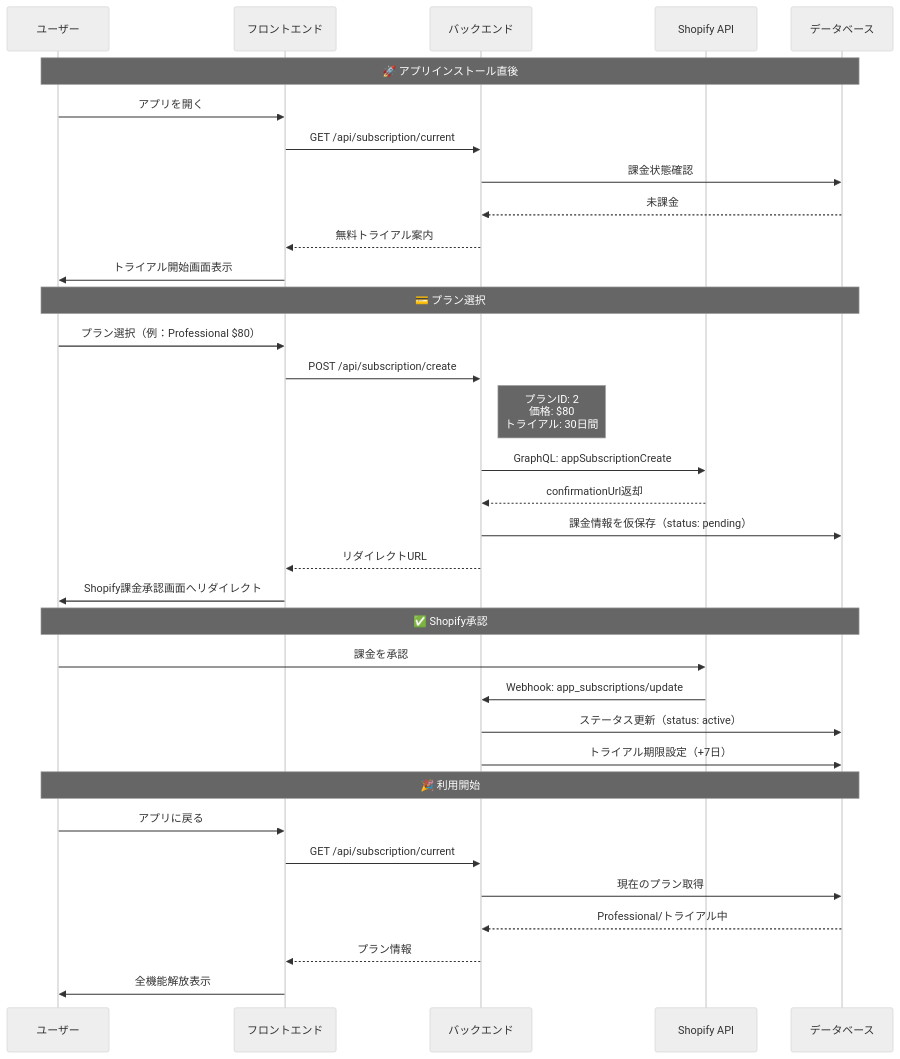
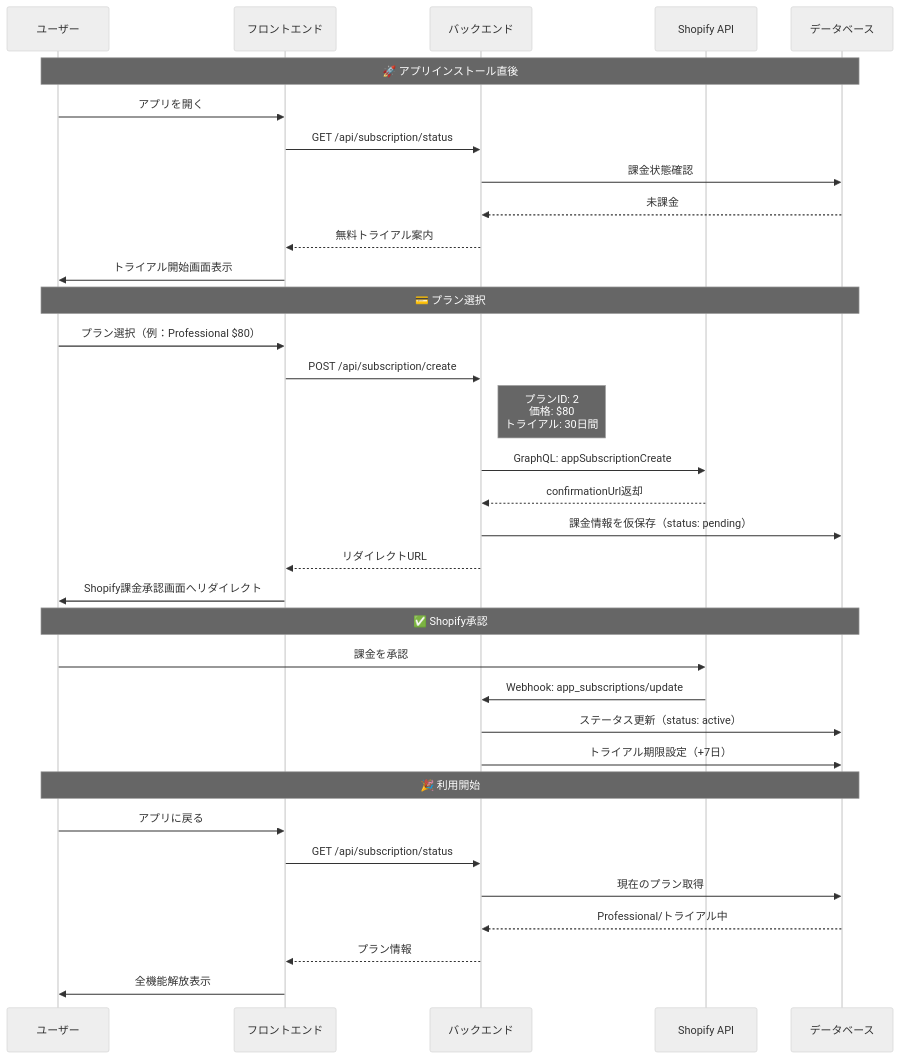
One commit to sideworks-fuk/shopify-ai-marketing-suite changed the second of 10 diagrams in docs/06-shopify/02-課金システム/02-技術仕様/フロー図解.md. Above: the diagram before and after it, drawn with Mermaid (neutral theme). The commit also changed other lines of this file and 28 other files, not shown here.

````diff
--- a/docs/06-shopify/02-課金システム/02-技術仕様/フロー図解.md
+++ b/docs/06-shopify/02-課金システム/02-技術仕様/フロー図解.md
@@ -48,45 +48,45 @@
 ```mermaid
 sequenceDiagram
     participant U as ユーザー
     participant F as フロントエンド
     participant B as バックエンド
     participant S as Shopify API
     participant D as データベース
     
     Note over U,D: 🚀 アプリインストール直後
     
     U->>F: アプリを開く
-    F->>B: GET /api/subscription/current
+    F->>B: GET /api/subscription/status
     B->>D: 課金状態確認
     D-->>B: 未課金
     B-->>F: 無料トライアル案内
     F->>U: トライアル開始画面表示
     
     Note over U,D: 💳 プラン選択
     
     U->>F: プラン選択（例：Professional $80）
     F->>B: POST /api/subscription/create
     Note right of B: プランID: 2<br/>価格: $80<br/>トライアル: 30日間
     
     B->>S: GraphQL: appSubscriptionCreate
     S-->>B: confirmationUrl返却
     B->>D: 課金情報を仮保存（status: pending）
     B-->>F: リダイレクトURL
     F->>U: Shopify課金承認画面へリダイレクト
     
     Note over U,D: ✅ Shopify承認
     
     U->>S: 課金を承認
     S->>B: Webhook: app_subscriptions/update
     B->>D: ステータス更新（status: active）
     B->>D: トライアル期限設定（+7日）
     
     Note over U,D: 🎉 利用開始
     
     U->>F: アプリに戻る
-    F->>B: GET /api/subscription/current
+    F->>B: GET /api/subscription/status
     B->>D: 現在のプラン取得
     D-->>B: Professional/トライアル中
     B-->>F: プラン情報
     F->>U: 全機能解放表示
 ```
````
